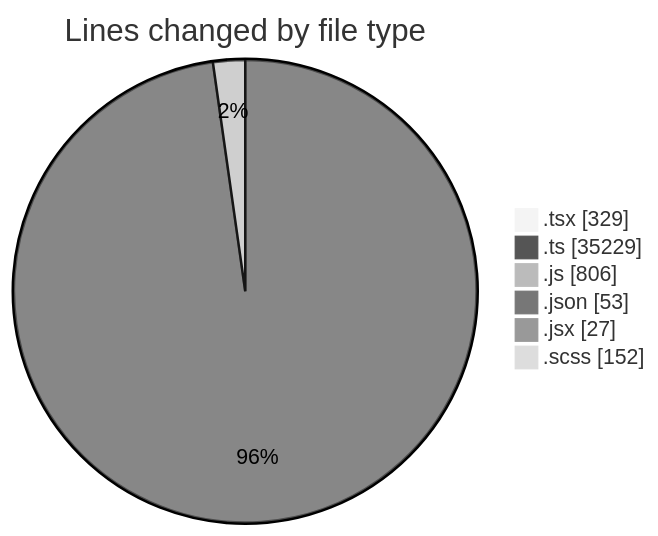
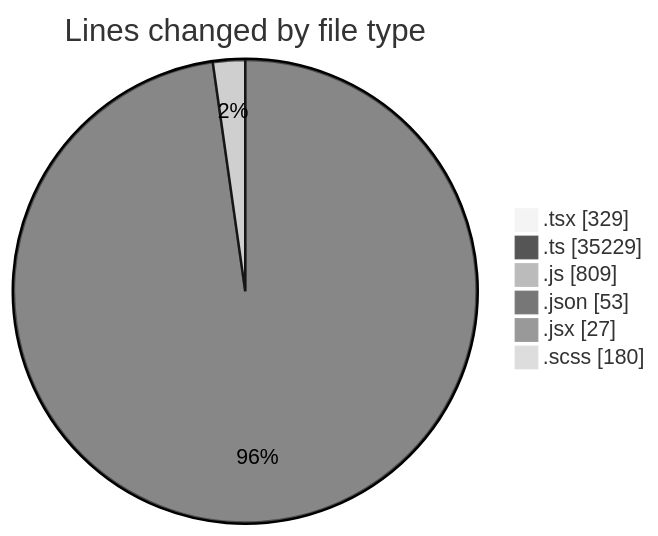
The first of 2 diagrams in 2025-12-17/cda/README.md (momahboobian/code-tracking), drawn with Mermaid (neutral theme) before and after one commit. The commit also changed other lines of this file and 1 other file, not shown here.

````diff
--- a/2025-12-17/cda/README.md
+++ b/2025-12-17/cda/README.md
@@ -43,10 +43,10 @@
 ```mermaid
 pie showData
 title Lines changed by file type
 ".tsx" : 329
 ".ts" : 35229
-".js" : 806
+".js" : 809
 ".json" : 53
 ".jsx" : 27
-".scss" : 152
+".scss" : 180
 ```
````
